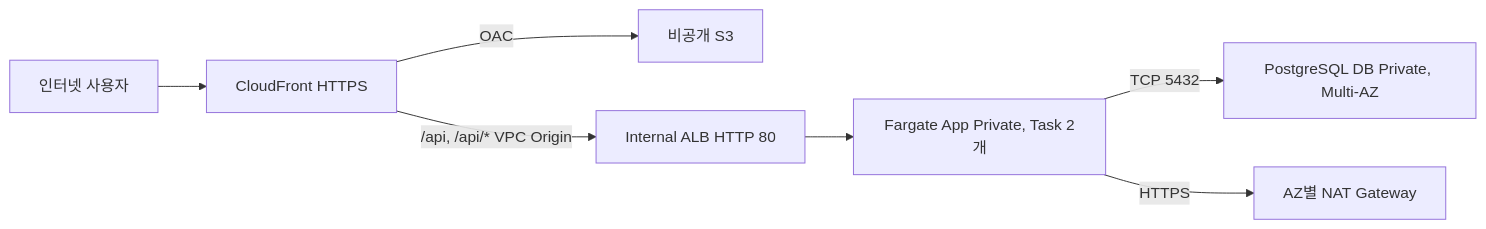
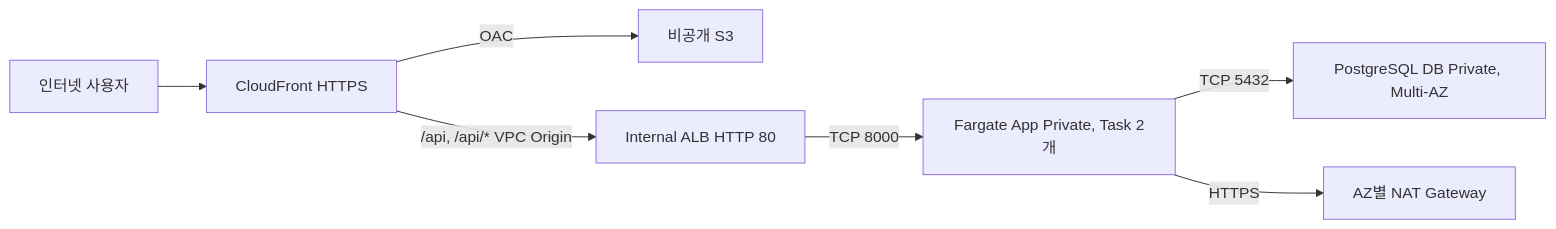
Before and after one commit to softbank-hackathon-2026/platform-terraform: the diagram in env/dev/README.md, drawn with Mermaid. The commit also changed other lines of this file and 6 other files, not shown here.

````diff
--- a/env/dev/README.md
+++ b/env/dev/README.md
@@ -9,9 +9,9 @@
 ```mermaid
 flowchart LR
   user[인터넷 사용자] --> cf[CloudFront HTTPS]
   cf -->|OAC| s3[비공개 S3]
   cf -->|/api, /api/* VPC Origin| alb[Internal ALB HTTP 80]
-  alb --> ecs[Fargate App Private, Task 2개]
+  alb -->|TCP 8000| ecs[Fargate App Private, Task 2개]
   ecs -->|TCP 5432| rds[PostgreSQL DB Private, Multi-AZ]
   ecs -->|HTTPS| nat[AZ별 NAT Gateway]
 ```
````
